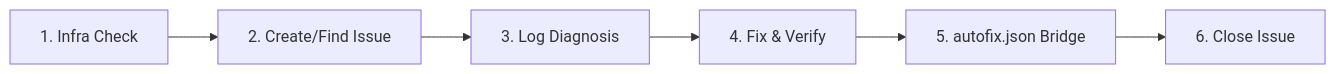
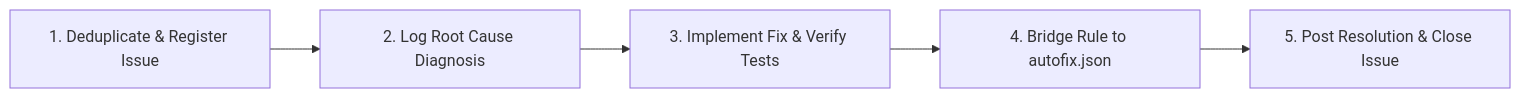
Before and after one commit to BIGboss248/nextjs-wordpress: the diagram in .agents/skills/github-triage/SKILL.md, drawn with Mermaid. The commit also changed other lines of this file and 21 other files, not shown here.

````diff
--- a/.agents/skills/github-triage/SKILL.md
+++ b/.agents/skills/github-triage/SKILL.md
@@ -23,8 +24,7 @@
 ```mermaid
 flowchart LR
-    A["1. Infra Check"] --> B["2. Create/Find Issue"]
-    B --> C["3. Log Diagnosis"]
-    C --> D["4. Fix & Verify"]
-    D --> E["5. autofix.json Bridge"]
-    E --> F["6. Close Issue"]
+    A["1. Deduplicate & Register Issue"] --> B["2. Log Root Cause Diagnosis"]
+    B --> C["3. Implement Fix & Verify Tests"]
+    C --> D["4. Bridge Rule to autofix.json"]
+    D --> E["5. Post Resolution & Close Issue"]
 ```
````
